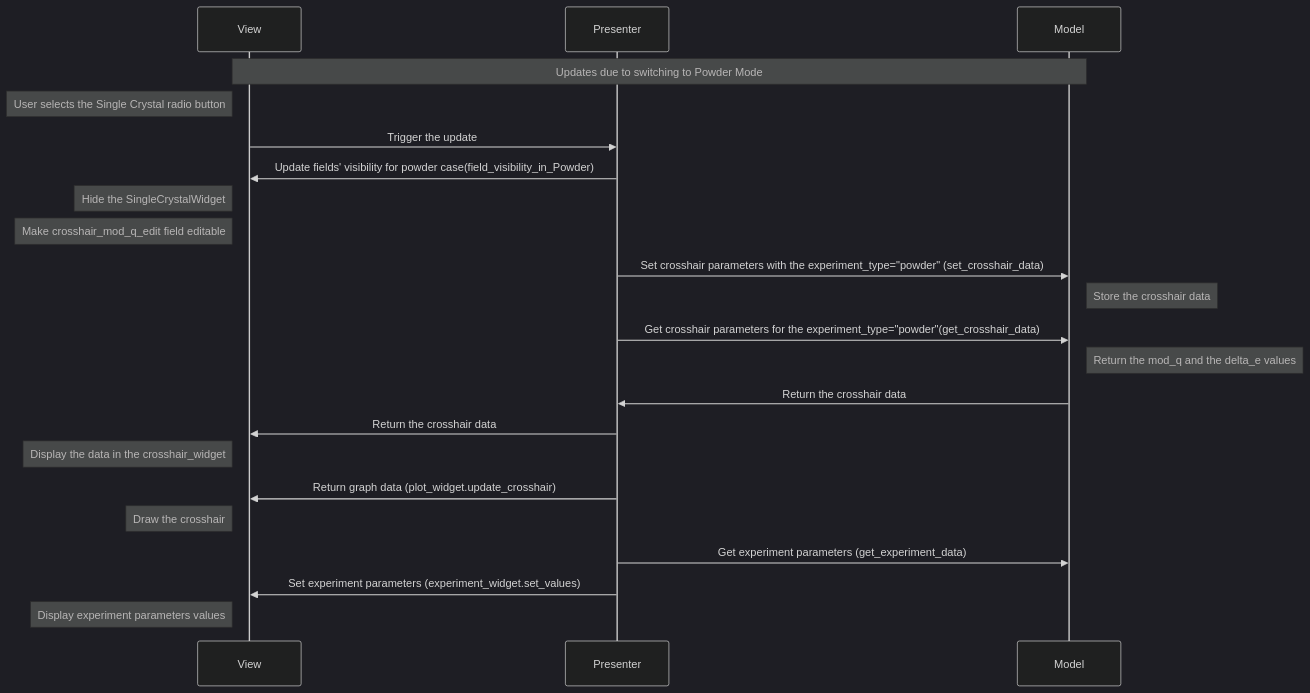
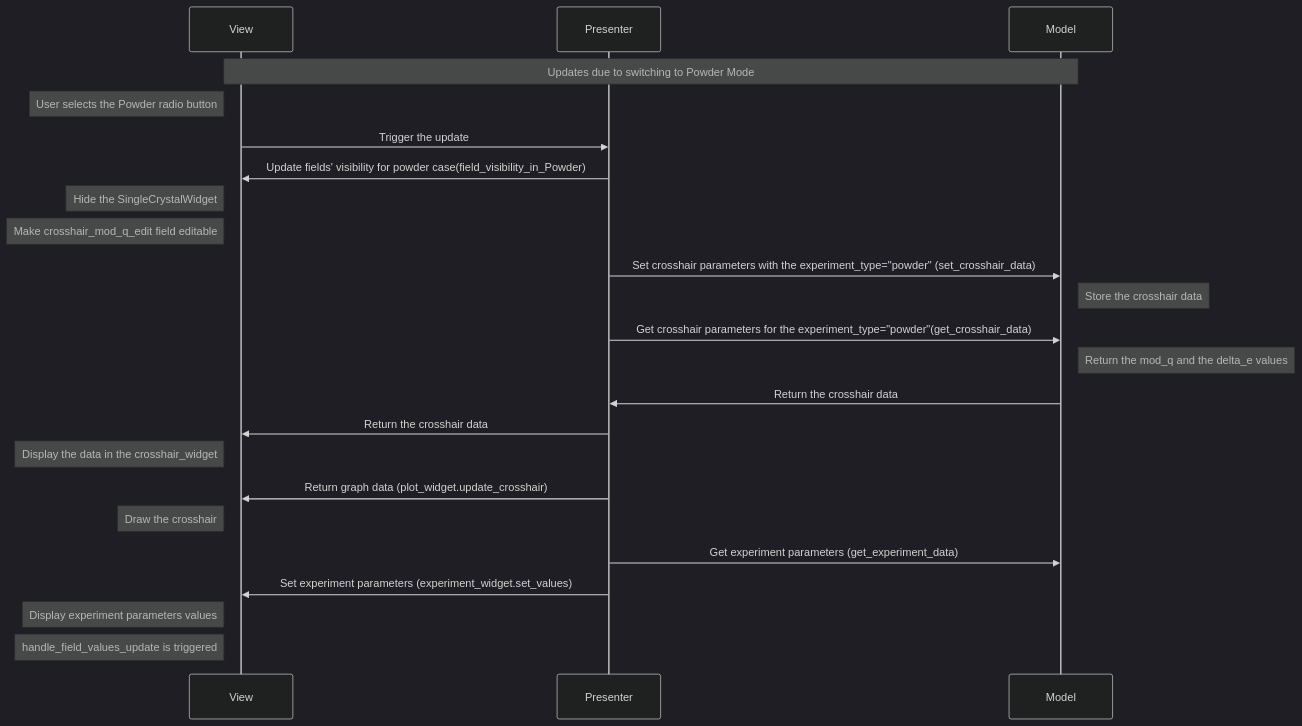
Before and after one commit to neutrons/hyspecppt: diagram 12 of 14 in docs/source/design/hyspecpptclasses.rst, drawn with Mermaid (dark theme). The commit also changed other lines of this file, not shown here.

```diff
--- a/docs/source/design/hyspecpptclasses.rst
+++ b/docs/source/design/hyspecpptclasses.rst
@@ -367,25 +368,26 @@
     .. mermaid::
 
         sequenceDiagram
             participant View
             participant Presenter
             participant Model
 
             Note over View,Model: Updates due to switching to Powder Mode
-            Note left of View: User selects the Single Crystal radio button
+            Note left of View: User selects the Powder radio button
             View->>Presenter: Trigger the update
             Presenter->>View: Update fields' visibility for powder case(field_visibility_in_Powder)
             Note left of View: Hide the SingleCrystalWidget
             Note left of View: Make crosshair_mod_q_edit field editable
             Presenter->>Model: Set crosshair parameters with the experiment_type="powder" (set_crosshair_data)
             Note right of Model: Store the crosshair data
             Presenter->>Model: Get crosshair parameters for the experiment_type="powder"(get_crosshair_data)
             Note right of Model:  Return the mod_q and the delta_e values
             Model->>Presenter: Return the crosshair data
             Presenter->>View: Return the crosshair data
             Note left of View: Display the data in the crosshair_widget
             Presenter->>View: Return graph data (plot_widget.update_crosshair)
             Note left of View: Draw the crosshair
             Presenter->>Model: Get experiment parameters (get_experiment_data)
             Presenter->>View: Set experiment parameters (experiment_widget.set_values)
             Note left of View: Display experiment parameters values
+            Note left of View: handle_field_values_update is triggered
```
